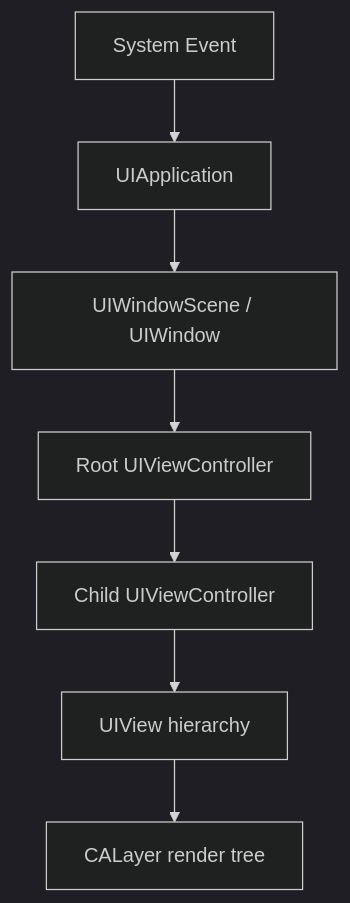
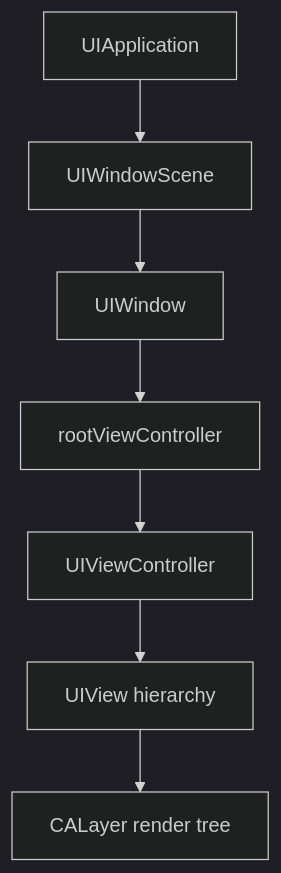
The first of 4 diagrams in _posts/2026-06-15-ios-uikit.md (YawZhang/blob), drawn with Mermaid (dark theme) before and after one commit. The commit also changed other lines of this file, not shown here.

````diff
--- a/_posts/2026-06-15-ios-uikit.md
+++ b/_posts/2026-06-15-ios-uikit.md
@@ -190,9 +17,9 @@
 ```mermaid
 flowchart TD
-    A["System Event"] --> B["UIApplication"]
-    B --> C["UIWindowScene / UIWindow"]
-    C --> D["Root UIViewController"]
-    D --> E["Child UIViewController"]
+    A["UIApplication"] --> B["UIWindowScene"]
+    B --> C["UIWindow"]
+    C --> D["rootViewController"]
+    D --> E["UIViewController"]
     E --> F["UIView hierarchy"]
     F --> G["CALayer render tree"]
 ```
````
